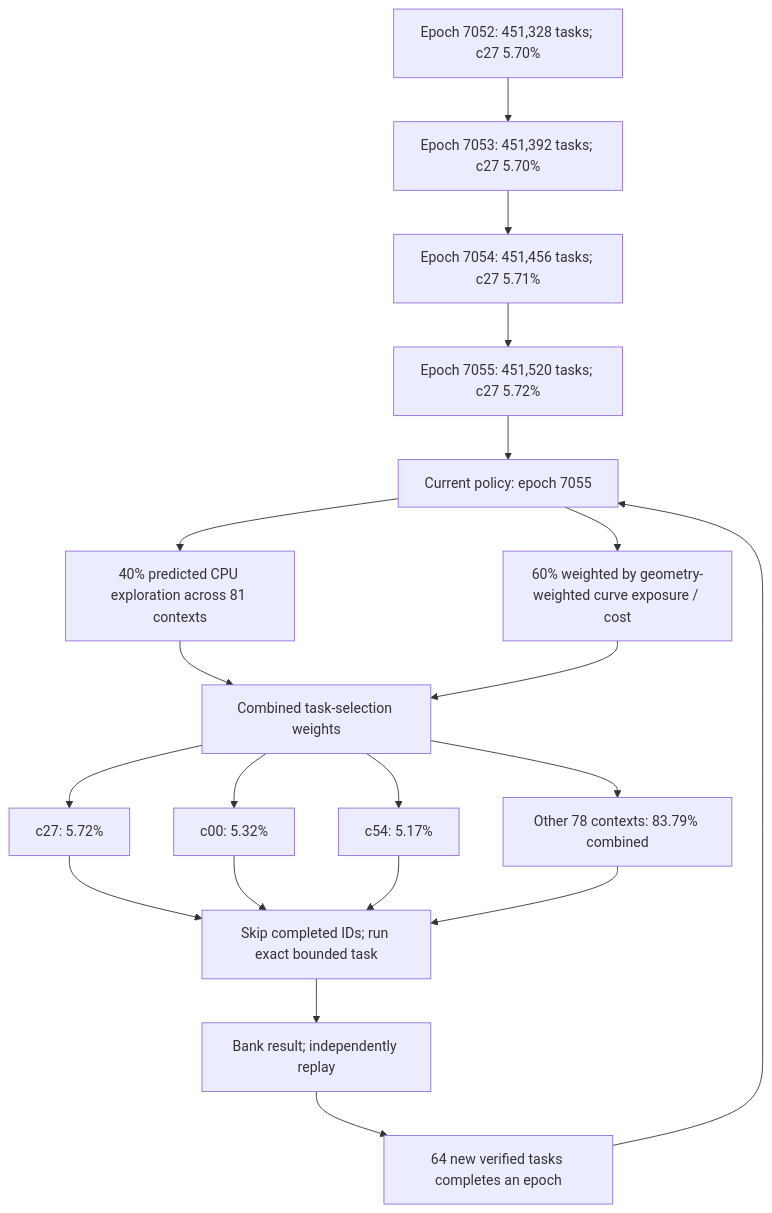
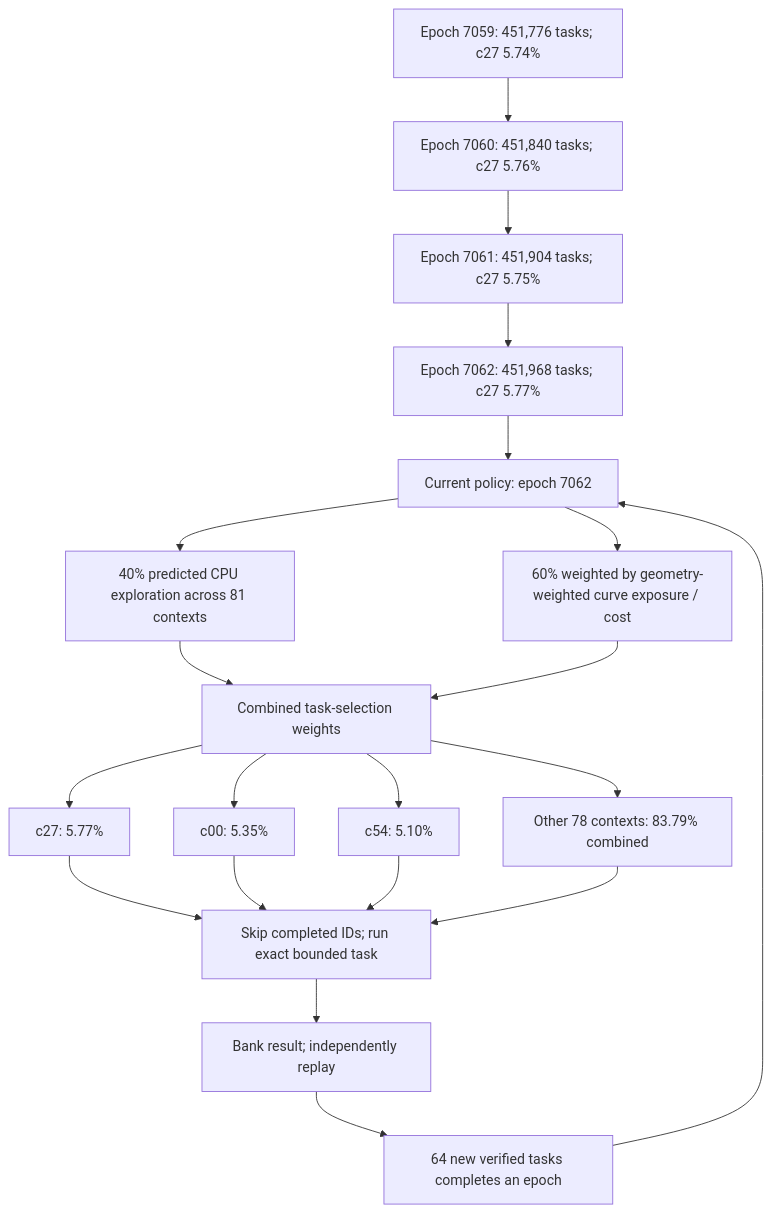
Before and after one commit to Kuberwastaken/math-gambling: the first of 4 diagrams in README.md, drawn with Mermaid. The commit also changed other lines of this file and 1501 other files, not shown here.

````diff
--- a/README.md
+++ b/README.md
@@ -60,27 +60,27 @@
 ```mermaid
 flowchart TD
-    H0["Epoch 7052: 451,328 tasks; c27 5.70%"]
-    H1["Epoch 7053: 451,392 tasks; c27 5.70%"]
+    H0["Epoch 7059: 451,776 tasks; c27 5.74%"]
+    H1["Epoch 7060: 451,840 tasks; c27 5.76%"]
     H0 --> H1
-    H2["Epoch 7054: 451,456 tasks; c27 5.71%"]
+    H2["Epoch 7061: 451,904 tasks; c27 5.75%"]
     H1 --> H2
-    H3["Epoch 7055: 451,520 tasks; c27 5.72%"]
+    H3["Epoch 7062: 451,968 tasks; c27 5.77%"]
     H2 --> H3
-    Policy["Current policy: epoch 7055"]
+    Policy["Current policy: epoch 7062"]
     H3 --> Policy
     Policy --> Explore["40% predicted CPU exploration across 81 contexts"]
     Policy --> Cost["60% weighted by geometry-weighted curve exposure / cost"]
     Explore --> Mix["Combined task-selection weights"]
     Cost --> Mix
-    Mix --> C0["c27: 5.72%"]
-    Mix --> C1["c00: 5.32%"]
-    Mix --> C2["c54: 5.17%"]
+    Mix --> C0["c27: 5.77%"]
+    Mix --> C1["c00: 5.35%"]
+    Mix --> C2["c54: 5.10%"]
     Mix --> Rest["Other 78 contexts: 83.79% combined"]
     C0 --> Check["Skip completed IDs; run exact bounded task"]
     C1 --> Check
     C2 --> Check
     Rest --> Check
     Check --> Replay["Bank result; independently replay"]
     Replay --> Gate["64 new verified tasks completes an epoch"]
     Gate --> Policy
 ```
````
